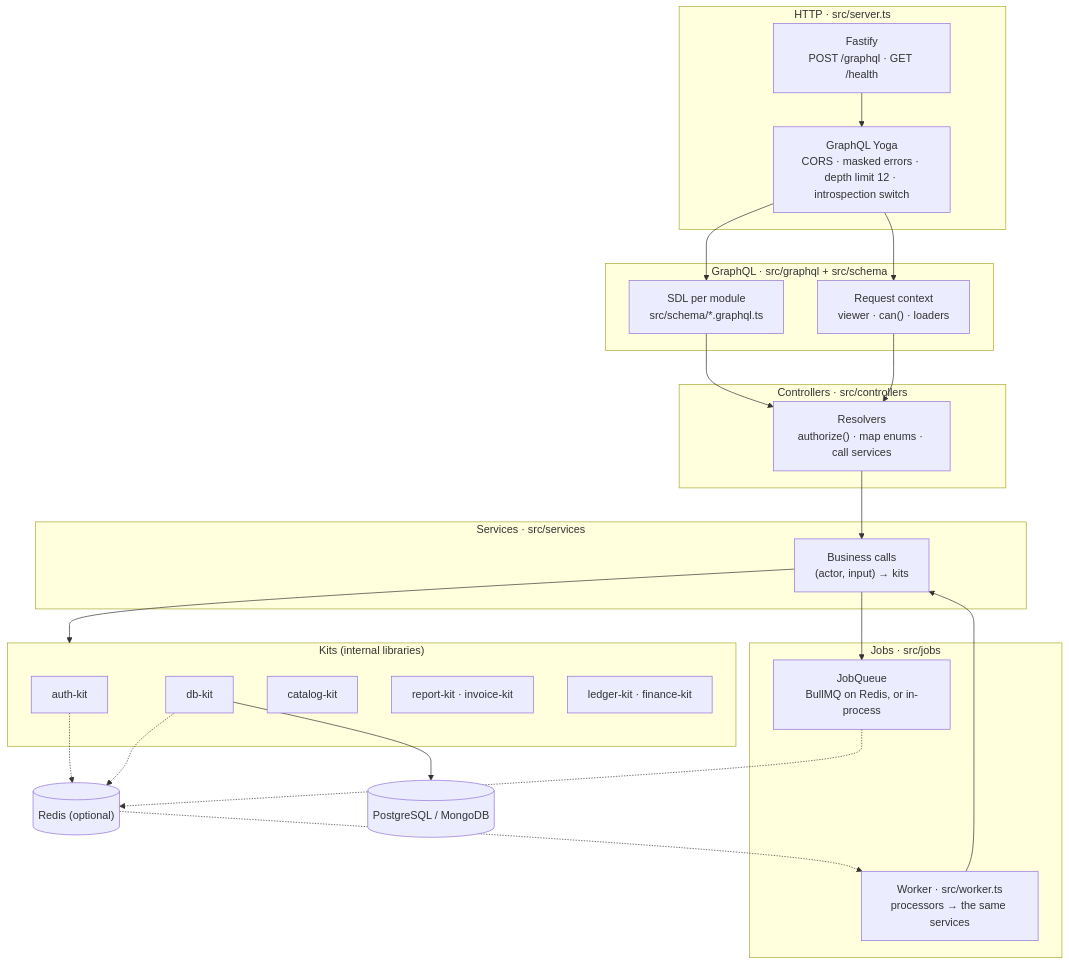
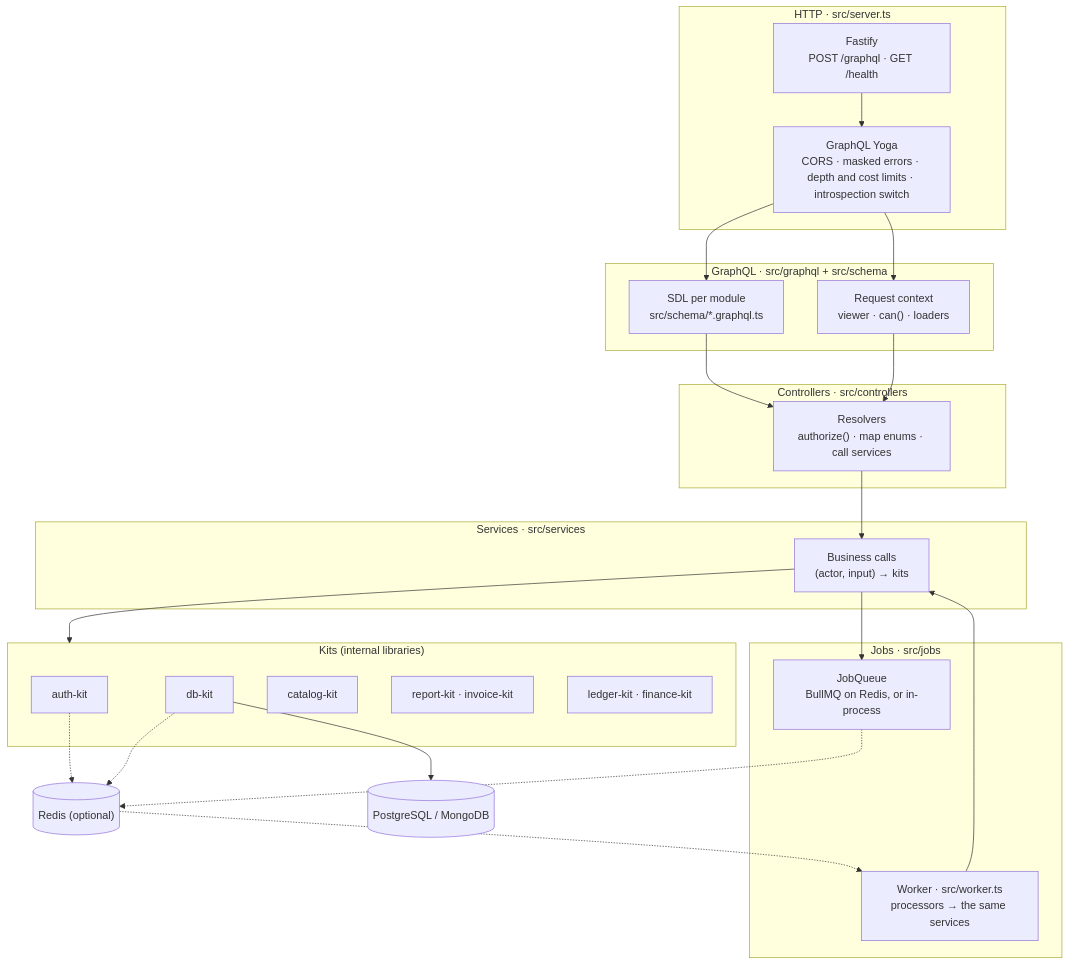
The first of 4 diagrams in docs/02-architecture.md (mgpl-diagnostics/api), drawn with Mermaid before and after one commit. The commit also changed other lines of this file and 10 other files, not shown here.

````diff
--- a/docs/02-architecture.md
+++ b/docs/02-architecture.md
@@ -8,40 +8,40 @@
 ```mermaid
 flowchart TB
   subgraph HTTP["HTTP · src/server.ts"]
     F["Fastify<br/>POST /graphql · GET /health"]
-    Y["GraphQL Yoga<br/>CORS · masked errors · depth limit 12 · introspection switch"]
+    Y["GraphQL Yoga<br/>CORS · masked errors · depth and cost limits · introspection switch"]
   end
   subgraph GQL["GraphQL · src/graphql + src/schema"]
     SDL["SDL per module<br/>src/schema/*.graphql.ts"]
     CTX["Request context<br/>viewer · can() · loaders"]
   end
   subgraph CTRL["Controllers · src/controllers"]
     C["Resolvers<br/>authorize() · map enums · call services"]
   end
   subgraph SRV["Services · src/services"]
     S["Business calls<br/>(actor, input) → kits"]
   end
   subgraph KITS["Kits (internal libraries)"]
     K1["auth-kit"]
     K2["db-kit"]
     K3["catalog-kit"]
     K4["report-kit · invoice-kit"]
     K5["ledger-kit · finance-kit"]
   end
   DB[("PostgreSQL / MongoDB")]
   RD[("Redis (optional)")]
   subgraph JOBS["Jobs · src/jobs"]
     Q["JobQueue<br/>BullMQ on Redis, or in-process"]
     W["Worker · src/worker.ts<br/>processors → the same services"]
   end
   F --> Y --> SDL --> C
   Y --> CTX --> C
   C --> S --> KITS
   S --> Q
   Q -.-> RD
   RD -.-> W
   W --> S
   K2 --> DB
   K1 -.-> RD
   K2 -.-> RD
 ```
````
